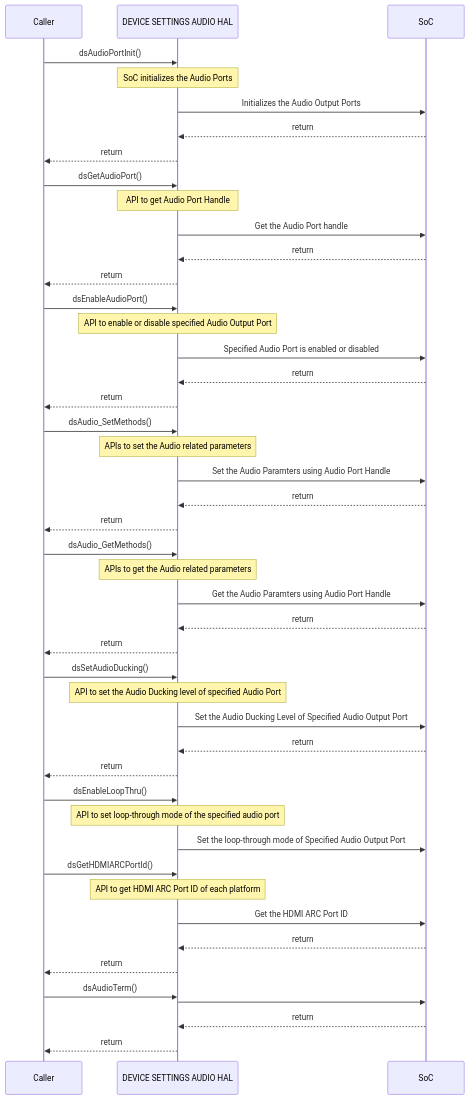
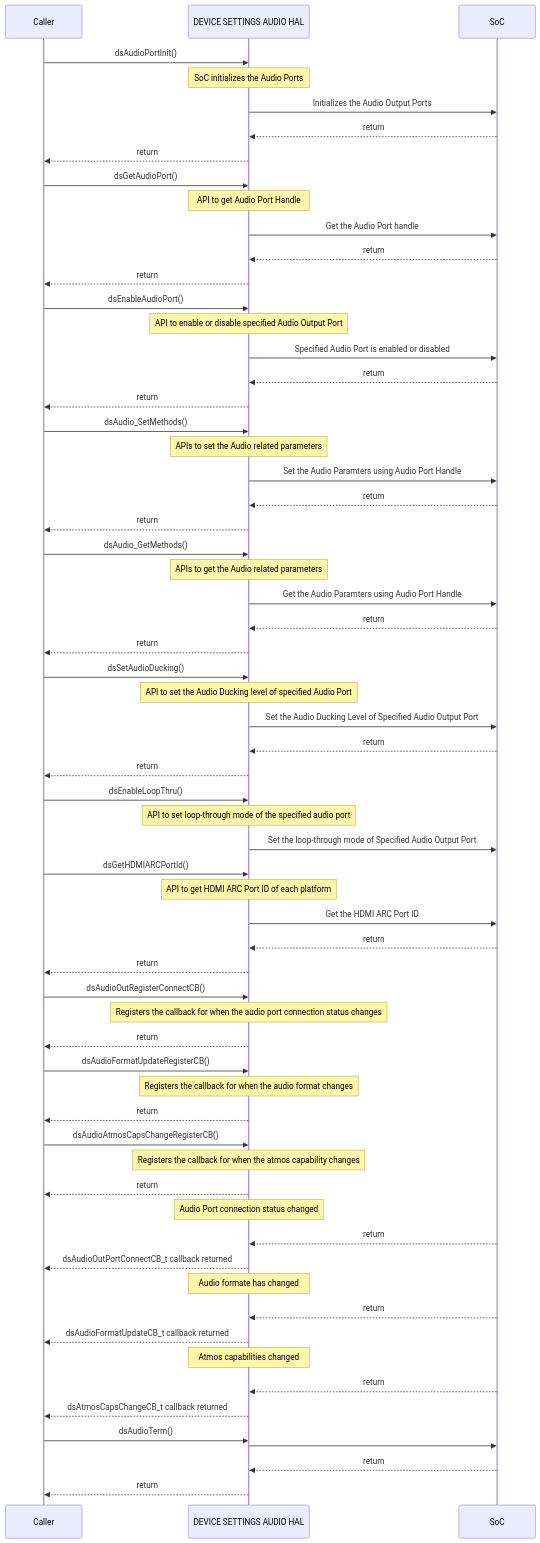
The second of 2 diagrams in docs/pages/ds-audio_halSpec.md (rdkcentral/rdk-halif-device_settings), drawn with Mermaid before and after one commit. The commit also changed other lines of this file, not shown here.

Commit message:
Update dsaudio hal-spec

````diff
--- a/docs/pages/ds-audio_halSpec.md
+++ b/docs/pages/ds-audio_halSpec.md
@@ -210,49 +215,67 @@
 ```mermaid
 %%{ init : { "theme" : "default", "flowchart" : { "curve" : "stepBefore" }}}%%
    sequenceDiagram
     participant Caller as Caller
     participant HAL as DEVICE SETTINGS AUDIO HAL
     participant Driver as SoC
     Caller->>HAL:dsAudioPortInit()
     Note over HAL: SoC initializes the Audio Ports
     HAL->>Driver: Initializes the Audio Output Ports
     Driver-->>HAL:return
     HAL-->>Caller:return
     Caller->>HAL:dsGetAudioPort()
     Note over HAL: API to get Audio Port Handle
     HAL->>Driver: Get the Audio Port handle
     Driver-->>HAL:return
     HAL-->>Caller:return
     Caller->>HAL:dsEnableAudioPort()
     Note over HAL: API to enable or disable specified Audio Output Port
     HAL->>Driver:Specified Audio Port is enabled or disabled 
     Driver-->>HAL:return
     HAL-->>Caller:return
     Caller->>HAL:dsAudio_SetMethods()
     Note over HAL: APIs to set the Audio related parameters 
     HAL->>Driver: Set the Audio Paramters using Audio Port Handle
     Driver-->>HAL:return
     HAL-->>Caller:return
     Caller->>HAL:dsAudio_GetMethods()
     Note over HAL: APIs to get the Audio related parameters 
     HAL->>Driver: Get the Audio Paramters using Audio Port Handle
     Driver-->>HAL:return
     HAL-->>Caller:return
     Caller->>HAL:dsSetAudioDucking()
     Note over HAL: API to set the Audio Ducking level of specified Audio Port
     HAL->>Driver:Set the Audio Ducking Level of Specified Audio Output Port
     Driver-->>HAL:return
     HAL-->>Caller:return
     Caller->>HAL:dsEnableLoopThru()
     Note over HAL: API to set loop-through mode of the specified audio port
     HAL->>Driver:Set the loop-through mode of Specified Audio Output Port
     Caller->>HAL:dsGetHDMIARCPortId()
     Note over HAL: API to get HDMI ARC Port ID of each platform
     HAL->>Driver: Get the HDMI ARC Port ID   
     Driver-->>HAL:return
     HAL-->>Caller:return
+    Caller->>HAL:dsAudioOutRegisterConnectCB()
+    Note over HAL: Registers the callback for when the audio port connection status changes
+    HAL-->>Caller:return
+    Caller->>HAL:dsAudioFormatUpdateRegisterCB()
+    Note over HAL: Registers the callback for when the audio format changes
+    HAL-->>Caller:return
+    Caller->>HAL:dsAudioAtmosCapsChangeRegisterCB()
+    Note over HAL: Registers the callback for when the atmos capability changes
+    HAL-->>Caller:return
+    Note over HAL: Audio Port connection status changed
+    Driver-->>HAL:return
+    HAL-->>Caller:dsAudioOutPortConnectCB_t callback returned
+    Note over HAL: Audio formate has changed
+    Driver-->>HAL:return
+    HAL-->>Caller:dsAudioFormatUpdateCB_t callback returned
+    Note over HAL: Atmos capabilities changed
+    Driver-->>HAL:return
+    HAL-->>Caller:dsAtmosCapsChangeCB_t callback returned
     Caller ->>HAL:dsAudioTerm()
     HAL ->> Driver: 
     Driver-->>HAL:return
     HAL-->>Caller:return
  ```
````
